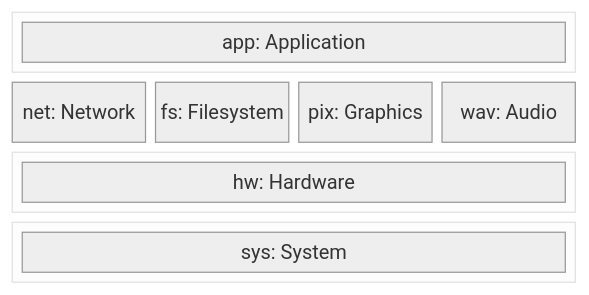
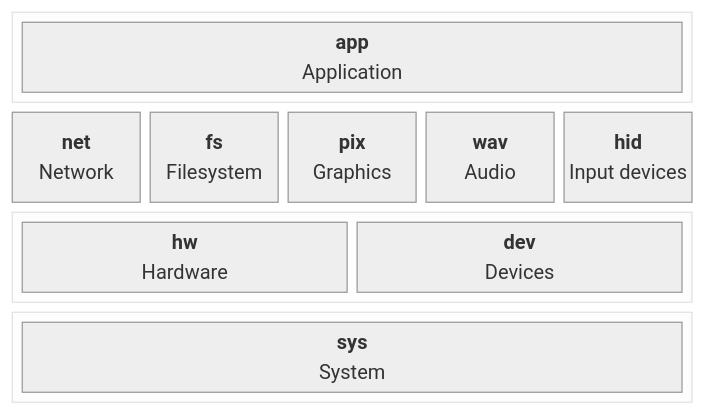
The diagram in README.md (djthorpe/picofuse-sys), drawn with Mermaid (neutral theme) before and after one commit. The commit also changed other lines of this file, not shown here.

Commit message:
Updated diagram

````diff
--- a/README.md
+++ b/README.md
@@ -13,22 +15,22 @@
 ```mermaid
 block-beta
-  columns 4
+  columns 5
 
-  block:top:4
+  block:top:5
     columns 1
-    app["app: Application"]
+    app["<b>app</b><br/>Application"]
   end
 
-  net["net: Network"] fs["fs: Filesystem"] pix["pix: Graphics"] wav["wav: Audio"]
+  net["<b>net</b><br/>Network"] fs["<b>fs</b><br/>Filesystem"] pix["<b>pix</b><br/>Graphics"] wav["<b>wav</b><br/>Audio"] hid["<b>hid</b><br/>Input devices"]
 
-  block:middle:4
-    columns 1
-    hw["hw: Hardware"]
+  block:middle:5
+    columns 2
+    hw["<b>hw</b><br/>Hardware"]
+    dev["<b>dev</b><br/>Devices"]
   end
 
-  block:bottom:4
+  block:bottom:5
     columns 1
-    sys["sys: System"]
+    sys["<b>sys</b><br/>System"]
   end
-  
 ```
````
